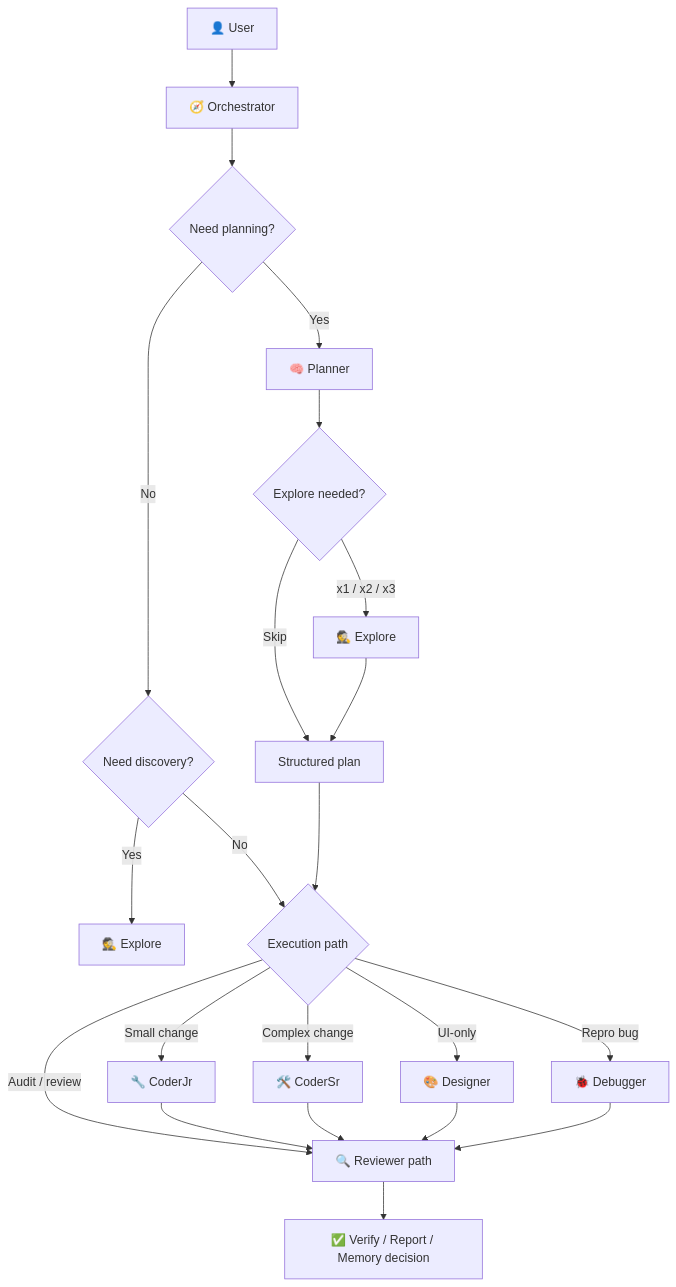
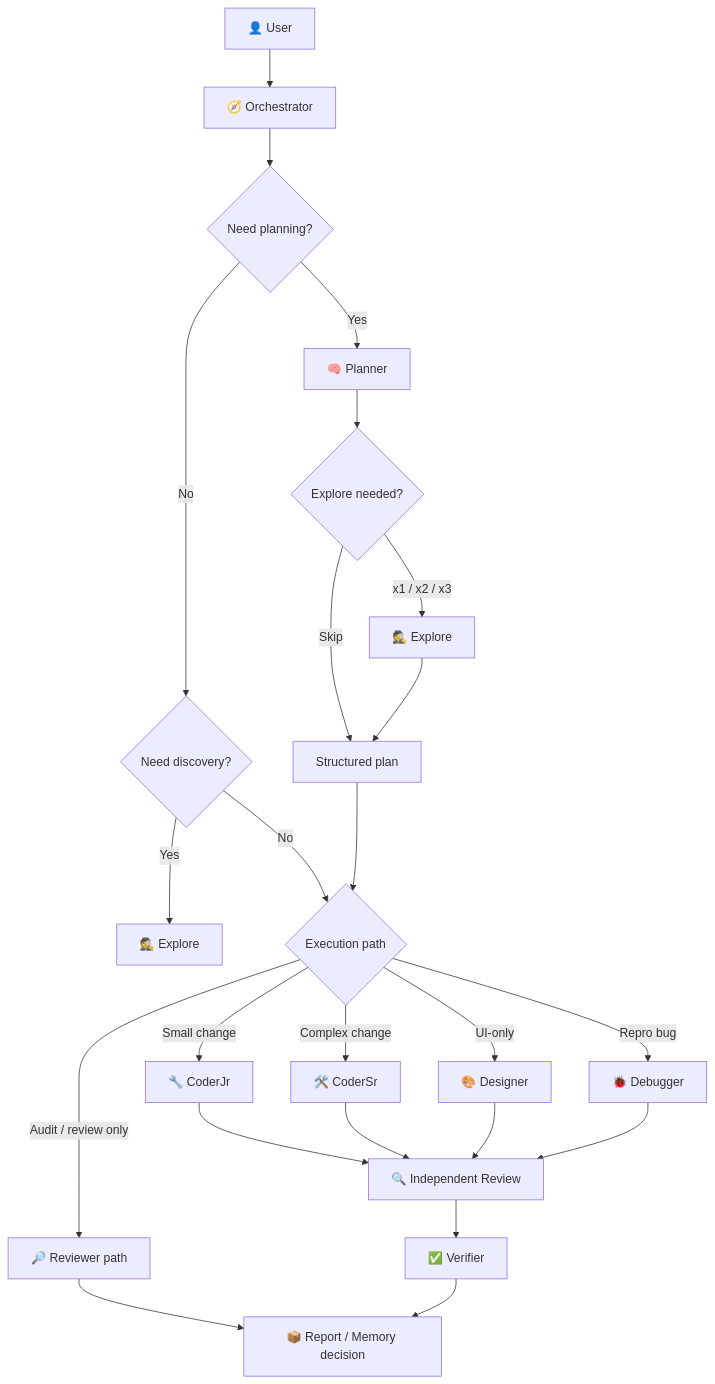
One commit to franklinnevesfilho/booking-solutions changed the first of 3 diagrams in README.md. Above: the diagram before and after it, drawn with Mermaid. The commit also changed other lines of this file and 6 other files, not shown here.

Commit message:
feat: Introduce Verifier agent for independent acceptance verification and enhance documentation for review orchestration and memory management

````diff
--- a/README.md
+++ b/README.md
@@ -158,31 +173,33 @@
 ```mermaid
 flowchart TD
     U["👤 User"] --> O["🧭 Orchestrator"]
 
     O --> R{"Need planning?"}
     R -- "Yes" --> P["🧠 Planner"]
     R -- "No" --> X{"Need discovery?"}
 
     P --> E{"Explore needed?"}
     E -- "Skip" --> P2["Structured plan"]
     E -- "x1 / x2 / x3" --> EX["🕵️ Explore"]
     EX --> P2
 
     X -- "Yes" --> EX2["🕵️ Explore"]
     X -- "No" --> EXEC{"Execution path"}
 
     P2 --> EXEC
 
     EXEC -- "Small change" --> CJ["🔧 CoderJr"]
     EXEC -- "Complex change" --> CS["🛠️ CoderSr"]
     EXEC -- "UI-only" --> D["🎨 Designer"]
     EXEC -- "Repro bug" --> DBG["🐞 Debugger"]
-    EXEC -- "Audit / review" --> RV["🔍 Reviewer path"]
+    EXEC -- "Audit / review only" --> AUD["🔎 Reviewer path"]
 
-    CJ --> RV
+    CJ --> RV["🔍 Independent Review"]
     CS --> RV
     D --> RV
     DBG --> RV
 
-    RV --> DONE["✅ Verify / Report / Memory decision"]
+    RV --> V["✅ Verifier"]
+    AUD --> DONE
+    V --> DONE["📦 Report / Memory decision"]
 ```
````
